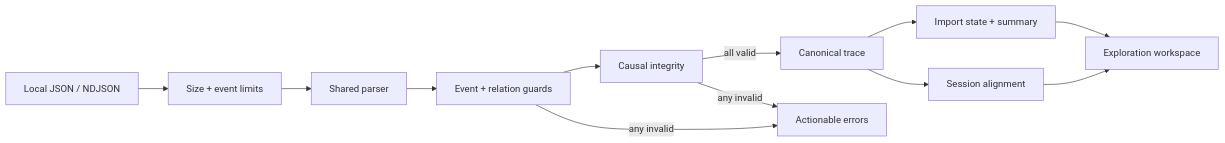
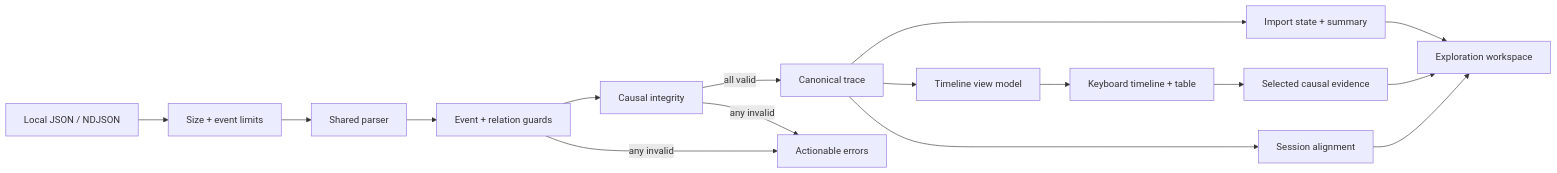
Before and after one commit to ASKR04/JavaScript: the diagram in eventweave/README.md, drawn with Mermaid. The commit also changed other lines of this file and 2 other files, not shown here.

Commit message:
docs(eventweave): record Lumen timeline handoff

````diff
--- a/eventweave/README.md
+++ b/eventweave/README.md
@@ -73,14 +75,18 @@
 ```mermaid
 flowchart LR
     File["Local JSON / NDJSON"] --> Limits["Size + event limits"]
     Limits --> Parse["Shared parser"]
     Parse --> Guard["Event + relation guards"]
     Guard --> Integrity["Causal integrity"]
     Integrity -->|all valid| Normalize["Canonical trace"]
     Guard -->|any invalid| Errors["Actionable errors"]
     Integrity -->|any invalid| Errors
     Normalize --> ImportUI["Import state + summary"]
+    Normalize --> TimelineVM["Timeline view model"]
+    TimelineVM --> TimelineUI["Keyboard timeline + table"]
+    TimelineUI --> CausalUI["Selected causal evidence"]
     Normalize --> Compare["Session alignment"]
     ImportUI --> UI["Exploration workspace"]
+    CausalUI --> UI
     Compare --> UI
 ```
````
